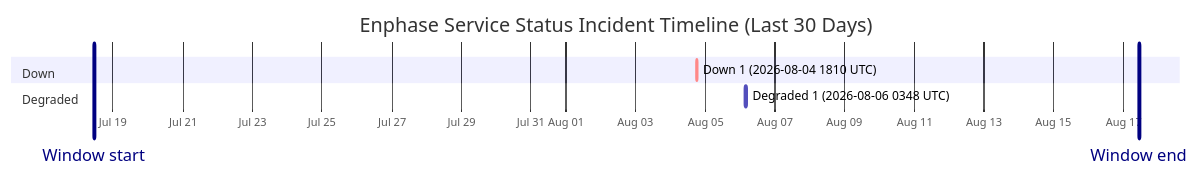
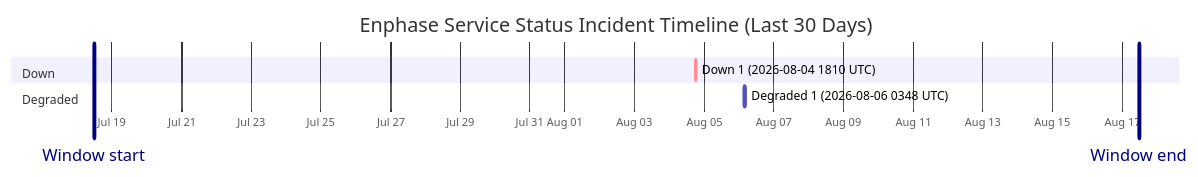
Before and after one commit to barneyonline/ha-enphase-energy: the diagram in wiki/Service-Status-History.md, drawn with Mermaid. The commit also changed other lines of this file and 3 other files, not shown here.

````diff
--- a/wiki/Service-Status-History.md
+++ b/wiki/Service-Status-History.md
@@ -14,12 +14,12 @@
 ```mermaid
 gantt
     title Enphase Service Status Incident Timeline (Last 30 Days)
     dateFormat  YYYY-MM-DDTHH:mm:ss
     axisFormat  %b %d
-    Window start :vert, window-start, 2026-07-18T10:58:46, 0ms
-    Window end :vert, window-end, 2026-08-17T10:58:46, 0ms
+    Window start :vert, window-start, 2026-07-18T11:32:48, 0ms
+    Window end :vert, window-end, 2026-08-17T11:32:48, 0ms
     section Down
     Down 1 (2026-08-04 1810 UTC) :crit, down-1, 2026-08-04T18:10:46, 60m
     section Degraded
     Degraded 1 (2026-08-06 0348 UTC) :active, degraded-1, 2026-08-06T03:48:14, 60m
 ```
````
